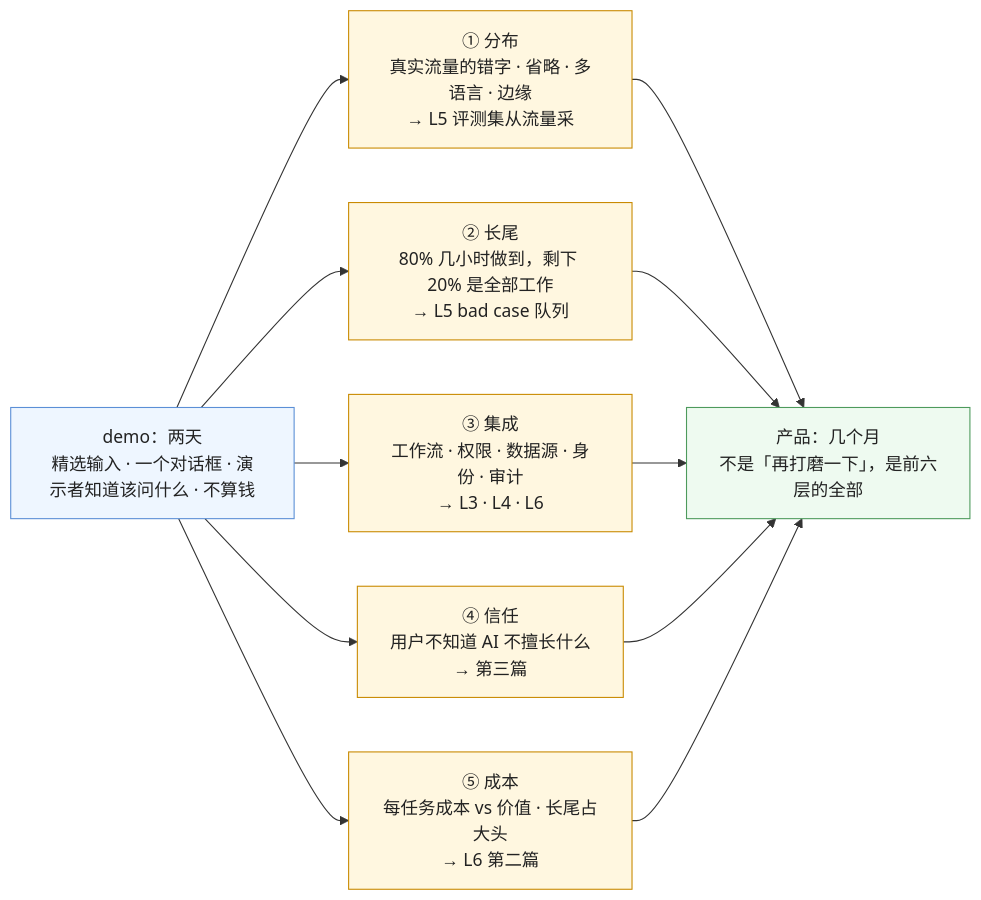
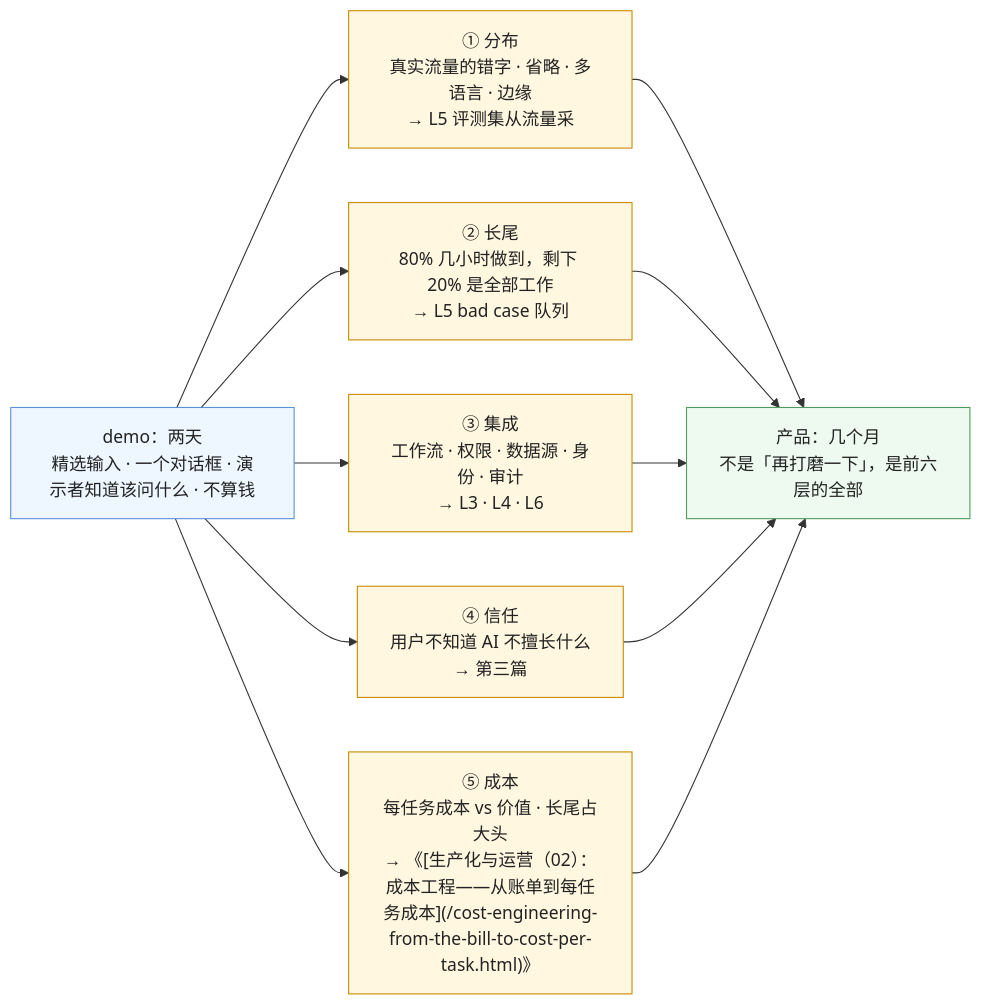
Before and after one commit to arganzheng/arganzheng.github.com: the fifth of 5 diagrams in _posts/2026-11-16-choosing-ai-scenarios-the-jagged-frontier-and-the-demo-to-product-gap.md, drawn with Mermaid. The commit also changed other lines of this file and 128 other files, not shown here.

Commit message:
（01）预训练端到端：MPS 定义、Common Crawl 配比列表、六章改名「定长的训练样本」补切碎文档的说明与打包示意图、自测竖线转义（#245）；全站 L 层简写引用换成《系列名》链接（#244）

````diff
--- a/_posts/2026-11-16-choosing-ai-scenarios-the-jagged-frontier-and-the-demo-to-product-gap.md
+++ b/_posts/2026-11-16-choosing-ai-scenarios-the-jagged-frontier-and-the-demo-to-product-gap.md
@@ -184,16 +184,16 @@
 ```mermaid
 %% 图：demo 到产品的五道鸿沟各对应前面哪一层——分布（精选输入 → 真实长尾：L5 评测集从流量采）、长尾（80% 几小时 → 剩下 20% 是全部工作：bad case 队列）、集成（对话框 → 工作流、权限、数据源、审计：L3 / L4 / L6）、信任（演示者知道问什么 → 用户会问边界外：第三篇）、成本（不算钱 → 每任务成本 vs 价值：L6）
 flowchart LR
     D["demo：两天<br/>精选输入 · 一个对话框 · 演示者知道该问什么 · 不算钱"] --> G1["① 分布<br/>真实流量的错字 · 省略 · 多语言 · 边缘<br/>→ L5 评测集从流量采"]
     D --> G2["② 长尾<br/>80% 几小时做到，剩下 20% 是全部工作<br/>→ L5 bad case 队列"]
     D --> G3["③ 集成<br/>工作流 · 权限 · 数据源 · 身份 · 审计<br/>→ L3 · L4 · L6"]
     D --> G4["④ 信任<br/>用户不知道 AI 不擅长什么<br/>→ 第三篇"]
-    D --> G5["⑤ 成本<br/>每任务成本 vs 价值 · 长尾占大头<br/>→ L6 第二篇"]
+    D --> G5["⑤ 成本<br/>每任务成本 vs 价值 · 长尾占大头<br/>→ 《[生产化与运营（02）：成本工程——从账单到每任务成本](/cost-engineering-from-the-bill-to-cost-per-task.html)》"]
     G1 & G2 & G3 & G4 & G5 --> P["产品：几个月<br/>不是「再打磨一下」，是前六层的全部"]
     classDef d fill:#eef6ff,stroke:#5b8fd6,color:#222
     classDef g fill:#fff7e0,stroke:#c98a00,color:#222
     classDef p fill:#eefaf0,stroke:#4d9a5c,color:#222
     class D d
     class G1,G2,G3,G4,G5 g
     class P p
 ```
````
